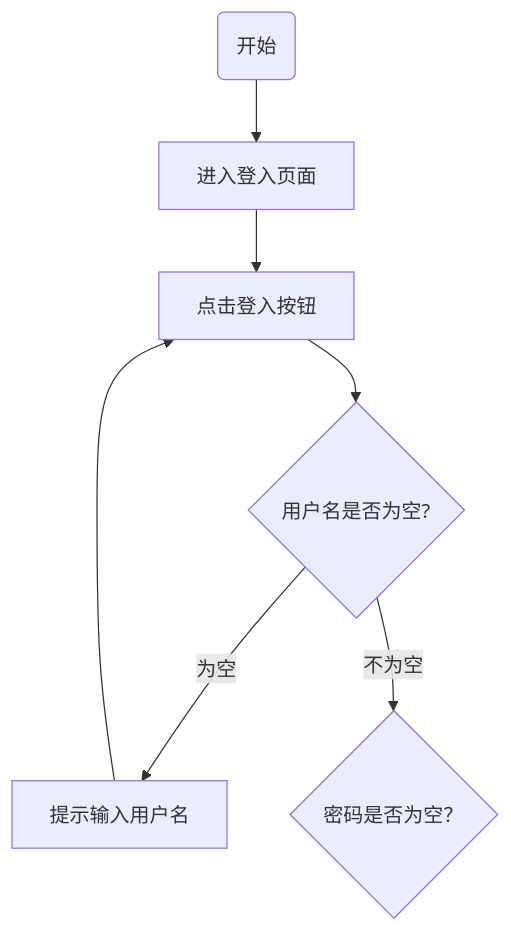
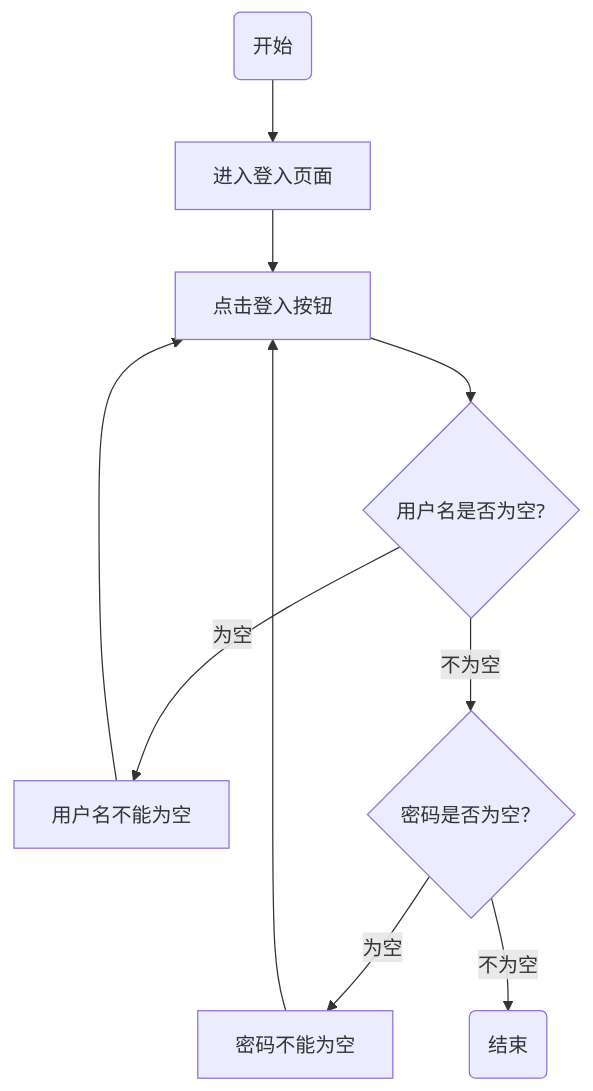
The tenth of 10 diagrams in mermaid.md (rockyzhao5421/notes), drawn with Mermaid before and after one commit.

````diff
--- a/mermaid.md
+++ b/mermaid.md
@@ -189,7 +189,9 @@
 ```mermaid
 graph 
-    Start(开始) --> Loginpage[进入登入页面]-->login[点击登入按钮]
-    login --> Checkname{"用户名是否为空?"}
-    Checkname --为空-->showDialog[提示输入用户名]-->login
-    Checkname --不为空-->Checkpsw{"密码是否为空？"}
+    start(开始) --> login_page[进入登入页面]-->login[点击登入按钮]
+    login --> check_name{"用户名是否为空?"}
+    check_name --为空-->need_id_dialog[用户名不能为空]-->login
+    check_name --不为空-->check_psw{"密码是否为空？"}
+    check_psw -- 为空 -->need_psw_dialog[密码不能为空] --> login
+    check_psw -- 不为空 --> End(结束)
 ```
````
